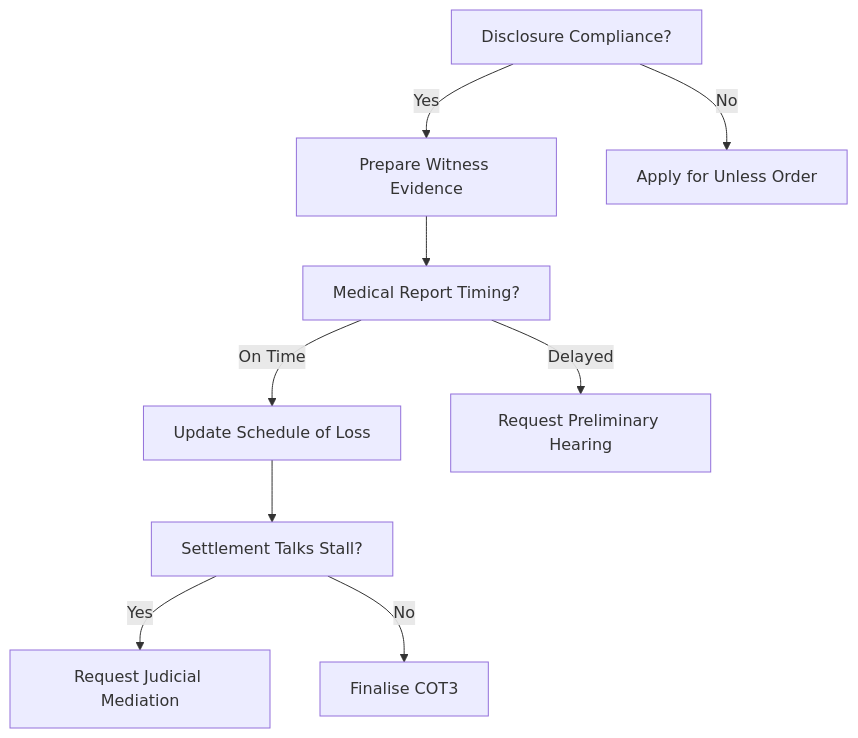
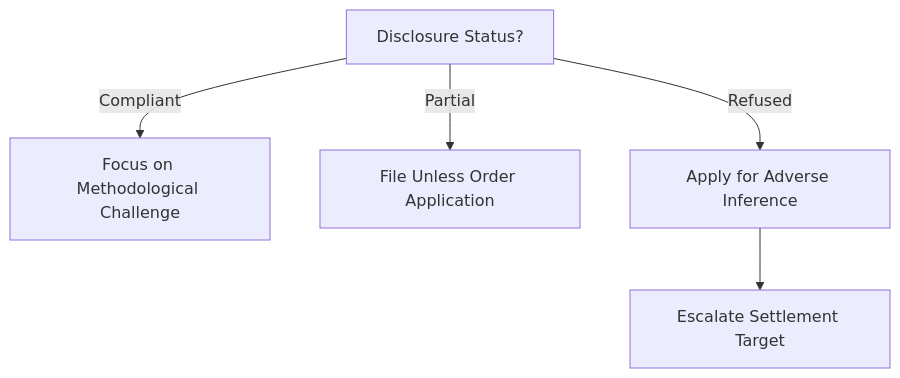
The diagram in outputs/05_weaknesses_risks.md (Rehan719/Workstation), drawn with Mermaid before and after one commit. The commit also changed other lines of this file and 14 other files, not shown here.

````diff
--- a/outputs/05_weaknesses_risks.md
+++ b/outputs/05_weaknesses_risks.md
@@ -5,11 +13,7 @@
 ```mermaid
 graph TD
-    A[Disclosure Compliance?] -->|Yes| B[Prepare Witness Evidence]
-    A -->|No| C[Apply for Unless Order]
-    B --> D[Medical Report Timing?]
-    D -->|On Time| E[Update Schedule of Loss]
-    D -->|Delayed| F[Request Preliminary Hearing]
-    E --> G[Settlement Talks Stall?]
-    G -->|Yes| H[Request Judicial Mediation]
-    G -->|No| I[Finalise COT3]
+    A[Disclosure Status?] -->|Compliant| B[Focus on Methodological Challenge]
+    A -->|Partial| C[File Unless Order Application]
+    A -->|Refused| D[Apply for Adverse Inference]
+    D --> E[Escalate Settlement Target]
 ```
````
